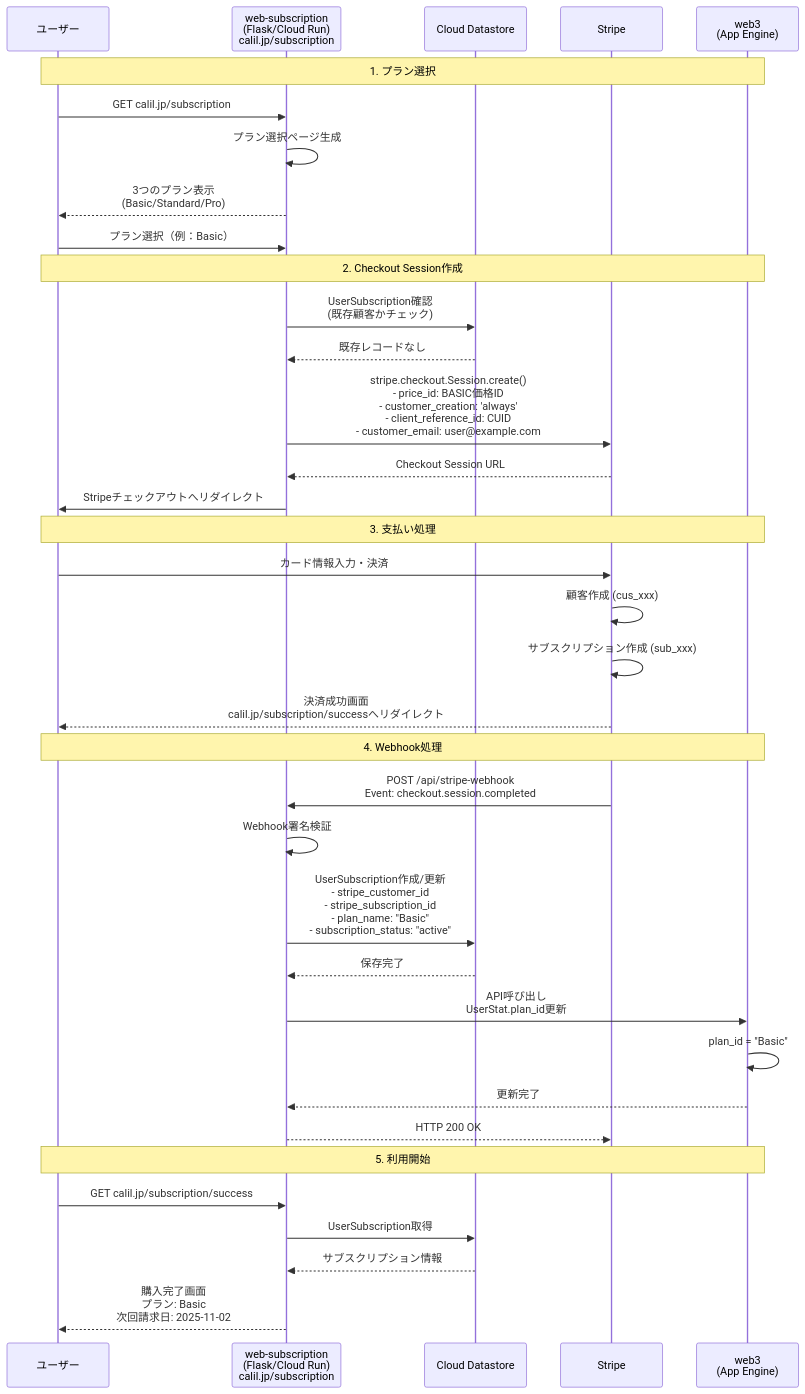
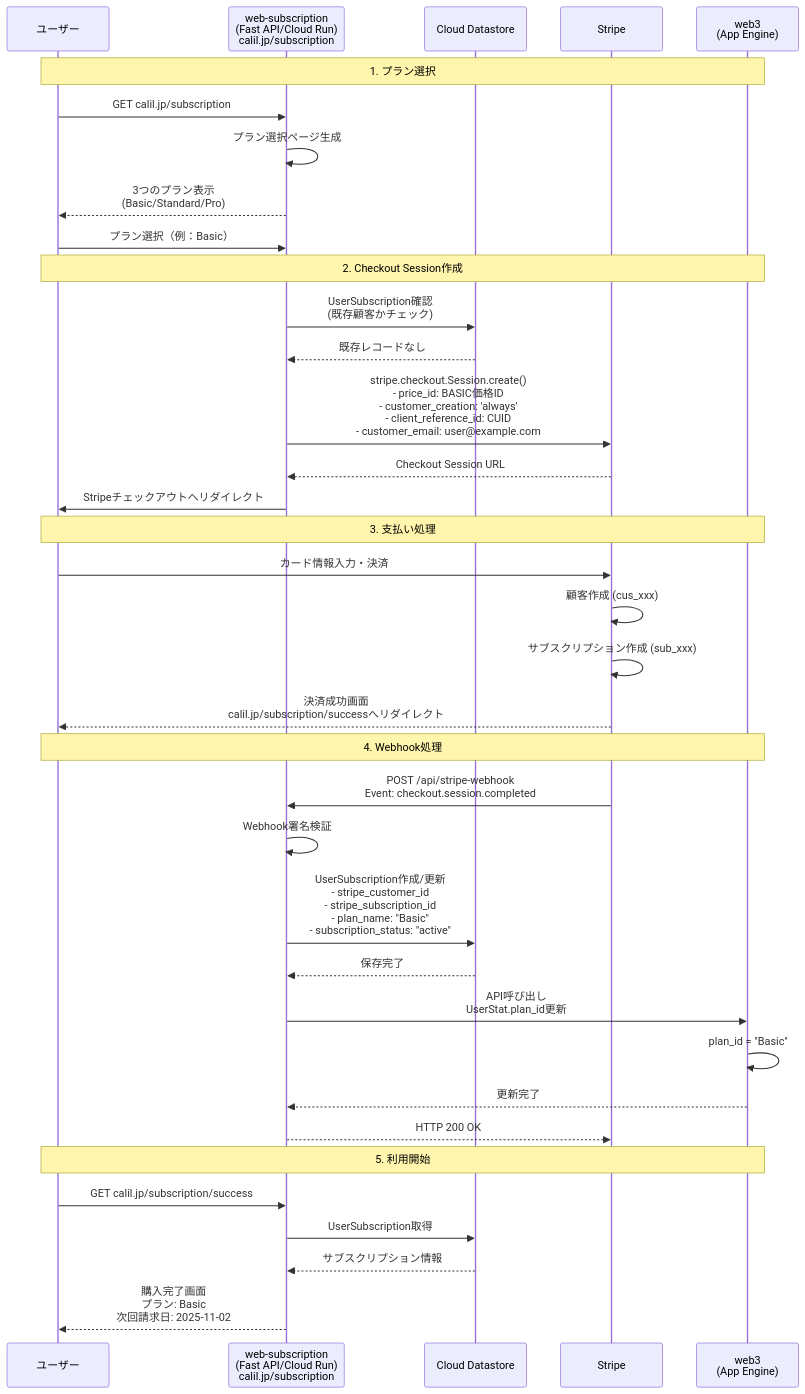
Before and after one commit to CALIL/web-subscription: the diagram in Claude.md, drawn with Mermaid. The commit also changed other lines of this file, not shown here.

````diff
--- a/Claude.md
+++ b/Claude.md
@@ -191,45 +191,45 @@
 ```mermaid
 sequenceDiagram
     participant U as ユーザー
-    participant S as web-subscription<br/>(Flask/Cloud Run)<br/>calil.jp/subscription
+    participant S as web-subscription<br/>(Fast API/Cloud Run)<br/>calil.jp/subscription
     participant DS as Cloud Datastore
     participant ST as Stripe
     participant W3 as web3<br/>(App Engine)
 
     Note over U,W3: 1. プラン選択
     U->>S: GET calil.jp/subscription
     S->>S: プラン選択ページ生成
     S-->>U: 3つのプラン表示<br/>(Basic/Standard/Pro)
     U->>S: プラン選択（例：Basic）
 
     Note over U,W3: 2. Checkout Session作成
     S->>DS: UserSubscription確認<br/>(既存顧客かチェック)
     DS-->>S: 既存レコードなし
 
     S->>ST: stripe.checkout.Session.create()<br/>- price_id: BASIC価格ID<br/>- customer_creation: 'always'<br/>- client_reference_id: CUID<br/>- customer_email: user@example.com
     ST-->>S: Checkout Session URL
     S->>U: Stripeチェックアウトへリダイレクト
 
     Note over U,W3: 3. 支払い処理
     U->>ST: カード情報入力・決済
     ST->>ST: 顧客作成 (cus_xxx)
     ST->>ST: サブスクリプション作成 (sub_xxx)
     ST-->>U: 決済成功画面<br/>calil.jp/subscription/successへリダイレクト
 
     Note over U,W3: 4. Webhook処理
     ST->>S: POST /api/stripe-webhook<br/>Event: checkout.session.completed
     S->>S: Webhook署名検証
     S->>DS: UserSubscription作成/更新<br/>- stripe_customer_id<br/>- stripe_subscription_id<br/>- plan_name: "Basic"<br/>- subscription_status: "active"
     DS-->>S: 保存完了
 
     S->>W3: API呼び出し<br/>UserStat.plan_id更新
     W3->>W3: plan_id = "Basic"
     W3-->>S: 更新完了
     S-->>ST: HTTP 200 OK
 
     Note over U,W3: 5. 利用開始
     U->>S: GET calil.jp/subscription/success
     S->>DS: UserSubscription取得
     DS-->>S: サブスクリプション情報
     S-->>U: 購入完了画面<br/>プラン: Basic<br/>次回請求日: 2025-11-02
 ```
````
